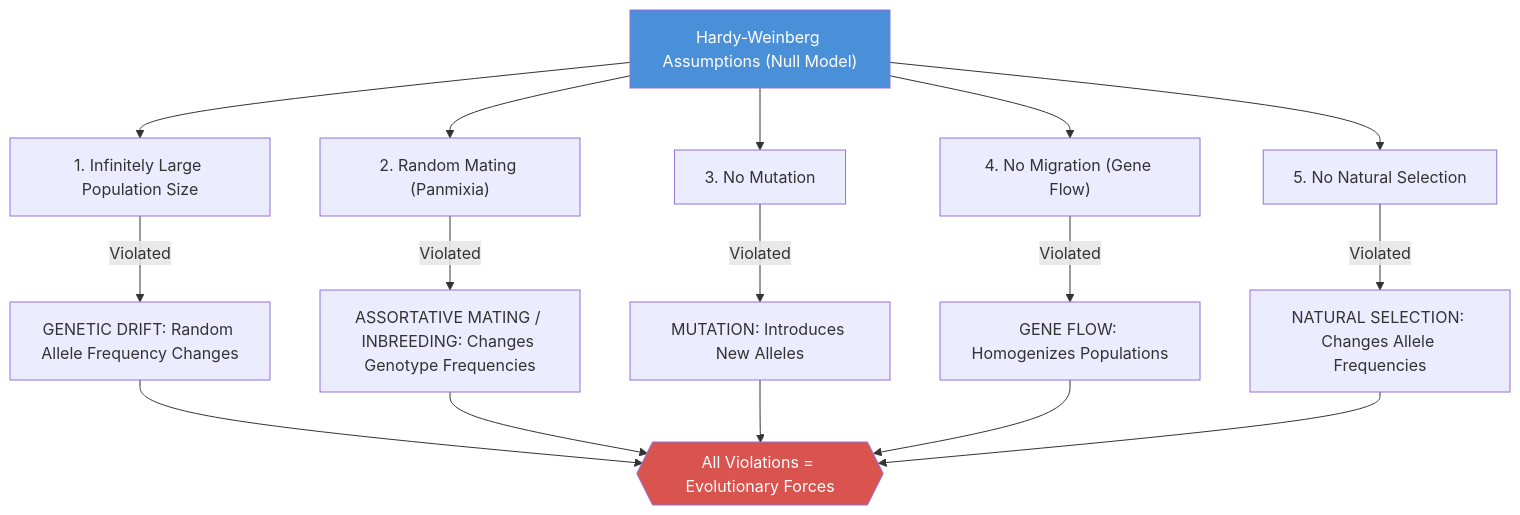
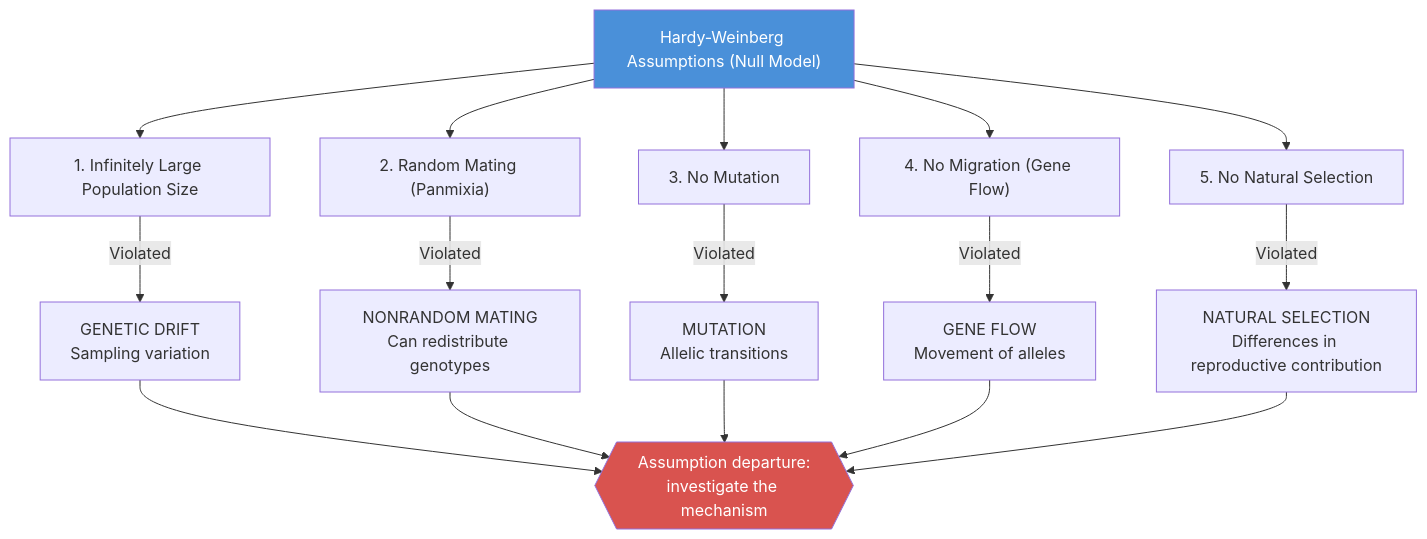
Before and after one commit to docxology/biology_textbook: the first of 4 diagrams in docs/manuscript/unit_V/population_genetics.md, drawn with Mermaid. The commit also changed other lines of this file and 21 other files, not shown here.

````diff
--- a/docs/manuscript/unit_V/population_genetics.md
+++ b/docs/manuscript/unit_V/population_genetics.md
@@ -162,23 +162,23 @@
 ```mermaid
 flowchart TD
     A["Hardy-Weinberg Assumptions (Null Model)"] --> B["1. Infinitely Large Population Size"]
     A --> C["2. Random Mating (Panmixia)"]
     A --> D["3. No Mutation"]
     A --> E["4. No Migration (Gene Flow)"]
     A --> F["5. No Natural Selection"]
 
-    B -->|Violated| G["GENETIC DRIFT: Random Allele Frequency Changes"]
-    C -->|Violated| H["ASSORTATIVE MATING / INBREEDING: Changes Genotype Frequencies"]
-    D -->|Violated| I["MUTATION: Introduces New Alleles"]
-    E -->|Violated| J["GENE FLOW: Homogenizes Populations"]
-    F -->|Violated| K["NATURAL SELECTION: Changes Allele Frequencies"]
+    B -->|Violated| G["GENETIC DRIFT<br/>Sampling variation"]
+    C -->|Violated| H["NONRANDOM MATING<br/>Can redistribute genotypes"]
+    D -->|Violated| I["MUTATION<br/>Allelic transitions"]
+    E -->|Violated| J["GENE FLOW<br/>Movement of alleles"]
+    F -->|Violated| K["NATURAL SELECTION<br/>Differences in reproductive contribution"]
 
-    G --> L{{"All Violations = Evolutionary Forces"}}
+    G --> L{{"Assumption departure:<br/>investigate the mechanism"}}
     H --> L
     I --> L
     J --> L
     K --> L
 
     style A fill:#4a90d9,color:#fff
     style L fill:#d9534f,color:#fff
 ```
````
